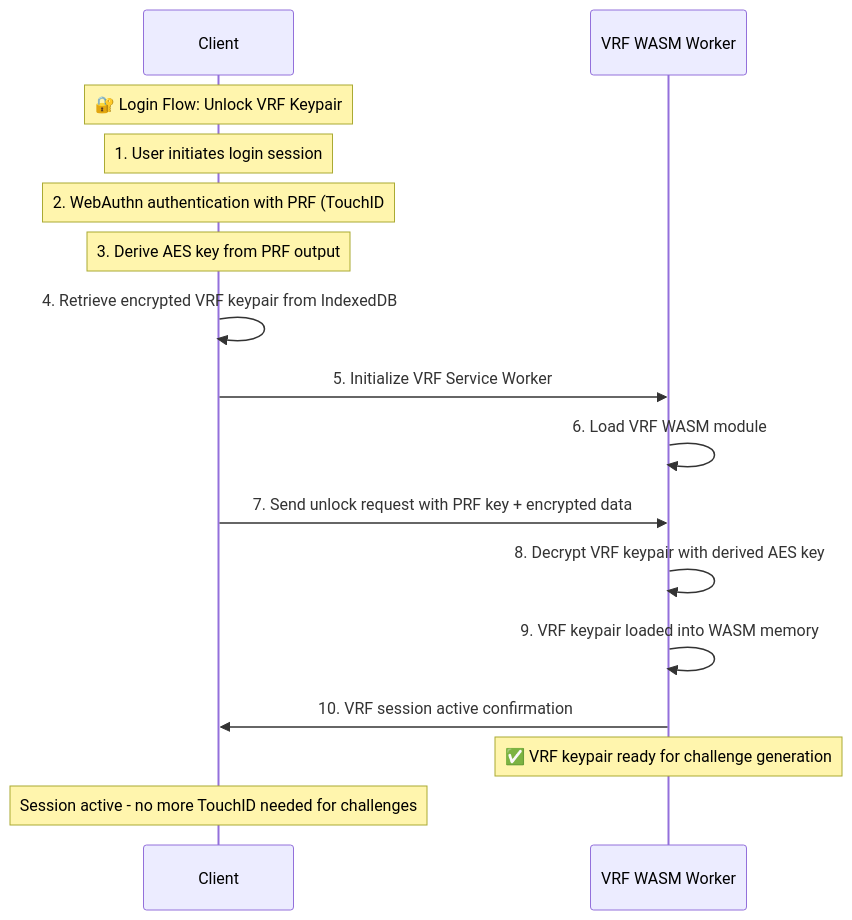
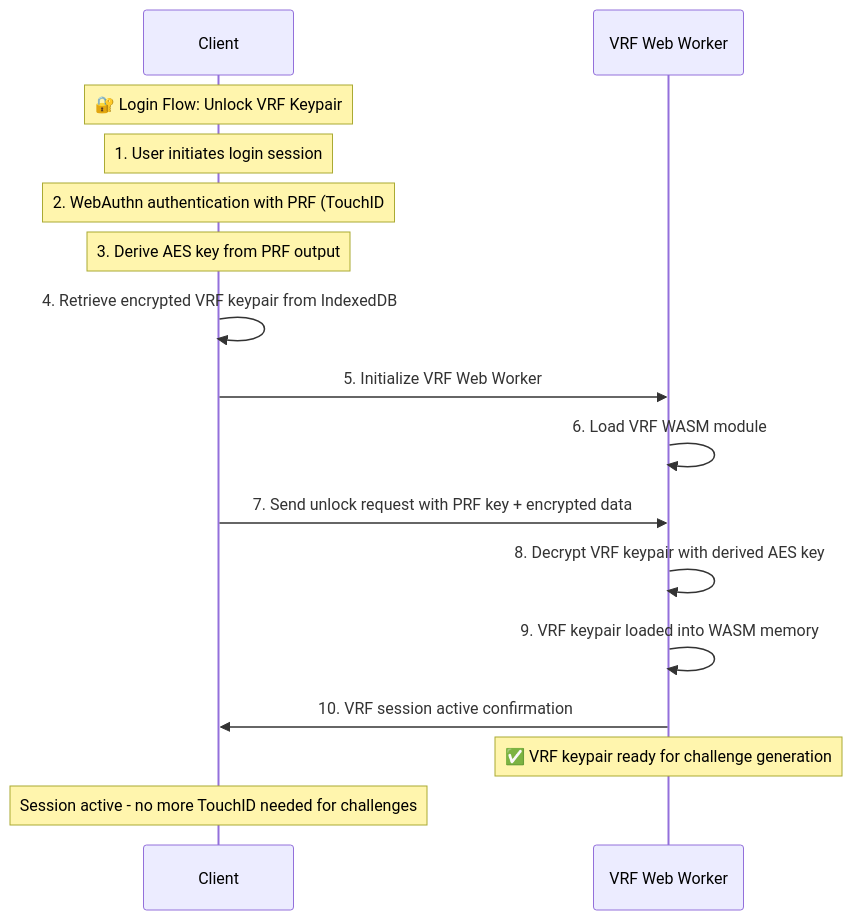
One commit to peitalin/vrf-passkey changed the second of 3 diagrams in docs/vrf_challenges.md. Above: the diagram before and after it, drawn with Mermaid. The commit also changed other lines of this file and 1 other file, not shown here.

Commit message:
update docs for VRF based WebAuthn protocol

````diff
--- a/docs/vrf_challenges.md
+++ b/docs/vrf_challenges.md
@@ -134,19 +133,19 @@
 ```mermaid
 sequenceDiagram
     participant Client
-    participant ServiceWorker as VRF WASM Worker
+    participant WebWorker as VRF Web Worker
 
     Note over Client: 🔐 Login Flow: Unlock VRF Keypair
     Note over Client: 1. User initiates login session
     Note over Client: 2. WebAuthn authentication with PRF (TouchID #1)
     Note over Client: 3. Derive AES key from PRF output
     Client->>Client: 4. Retrieve encrypted VRF keypair from IndexedDB
-    Client->>ServiceWorker: 5. Initialize VRF Service Worker
-    ServiceWorker->>ServiceWorker: 6. Load VRF WASM module
-    Client->>ServiceWorker: 7. Send unlock request with PRF key + encrypted data
-    ServiceWorker->>ServiceWorker: 8. Decrypt VRF keypair with derived AES key
-    ServiceWorker->>ServiceWorker: 9. VRF keypair loaded into WASM memory
-    ServiceWorker->>Client: 10. VRF session active confirmation
-    Note over ServiceWorker: ✅ VRF keypair ready for challenge generation
+    Client->>WebWorker: 5. Initialize VRF Web Worker
+    WebWorker->>WebWorker: 6. Load VRF WASM module
+    Client->>WebWorker: 7. Send unlock request with PRF key + encrypted data
+    WebWorker->>WebWorker: 8. Decrypt VRF keypair with derived AES key
+    WebWorker->>WebWorker: 9. VRF keypair loaded into WASM memory
+    WebWorker->>Client: 10. VRF session active confirmation
+    Note over WebWorker: ✅ VRF keypair ready for challenge generation
     Note over Client: Session active - no more TouchID needed for challenges
 ```
````
